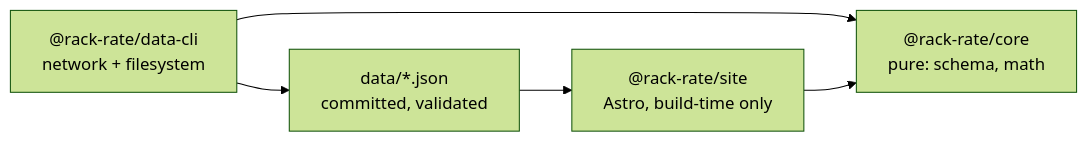
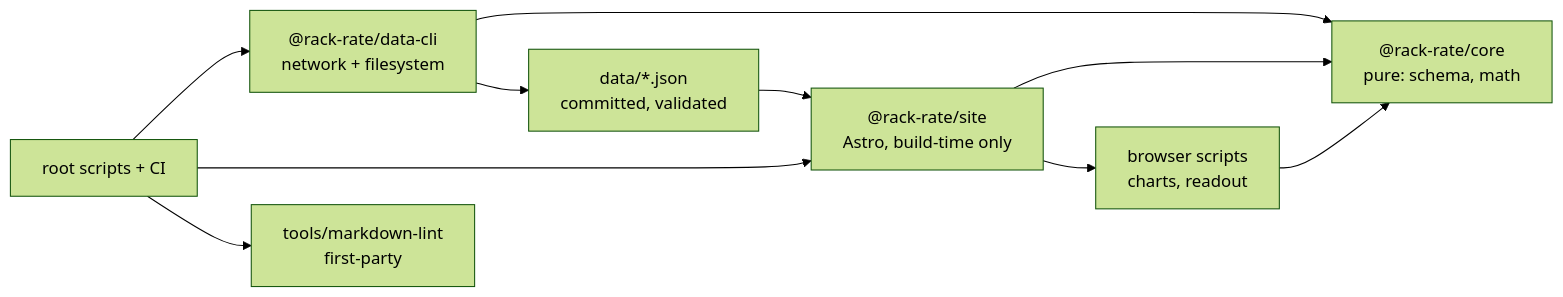
One commit to marshalfevzi/rack-rate changed the diagram in ARCHITECTURE.md. Above: the diagram before and after it, drawn with Mermaid (forest theme). The commit also changed other lines of this file and 9 other files, not shown here.

````diff
--- a/ARCHITECTURE.md
+++ b/ARCHITECTURE.md
@@ -5,7 +14,12 @@
 ```mermaid
 graph LR
-  CLI["@rack-rate/data-cli<br/>network + filesystem"] --> CORE["@rack-rate/core<br/>pure: schema, math"]
-  SITE["@rack-rate/site<br/>Astro, build-time only"] --> CORE
-  DATA["data/*.json<br/>committed, validated"] --> SITE
-  CLI --> DATA
+  ROOT["root scripts + CI"] --> CLI["@rack-rate/data-cli<br/>network + filesystem"]
+  ROOT --> SITE["@rack-rate/site<br/>Astro, build-time only"]
+  ROOT --> TOOLS["tools/markdown-lint<br/>first-party"]
+  CLI --> CORE["@rack-rate/core<br/>pure: schema, math"]
+  SITE --> CORE
+  CLI --> DATA["data/*.json<br/>committed, validated"]
+  DATA --> SITE
+  SITE --> CLIENT["browser scripts<br/>charts, readout"]
+  CLIENT --> CORE
 ```
````
